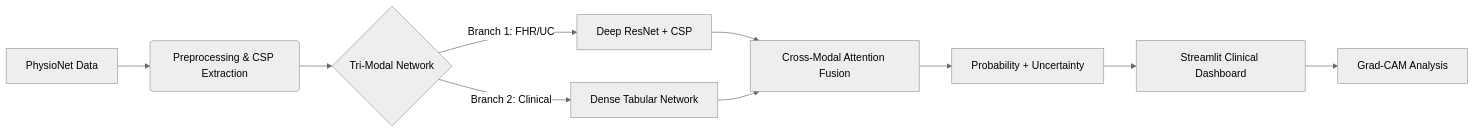
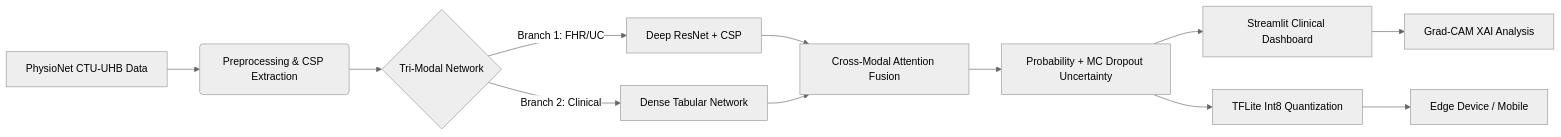
The diagram in README.MD (Krishna200608/NeuroFetal-AI), drawn with Mermaid (neutral theme) before and after one commit. The commit also changed other lines of this file, not shown here.

````diff
--- a/README.MD
+++ b/README.MD
@@ -70,11 +75,13 @@
 ```mermaid
 graph LR
-    A[PhysioNet Data] --> B(Preprocessing & CSP Extraction);
+    A[PhysioNet CTU-UHB Data] --> B(Preprocessing & CSP Extraction);
     B --> C{Tri-Modal Network};
     C -->|Branch 1: FHR/UC| D[Deep ResNet + CSP];
     C -->|Branch 2: Clinical| E[Dense Tabular Network];
     D & E --> F[Cross-Modal Attention Fusion];
-    F --> G[Probability + Uncertainty];
+    F --> G[Probability + MC Dropout Uncertainty];
     G --> H[Streamlit Clinical Dashboard];
-    H --> I[Grad-CAM Analysis];
+    H --> I[Grad-CAM XAI Analysis];
+    G --> J[TFLite Int8 Quantization];
+    J --> K[Edge Device / Mobile];
 ```
````
